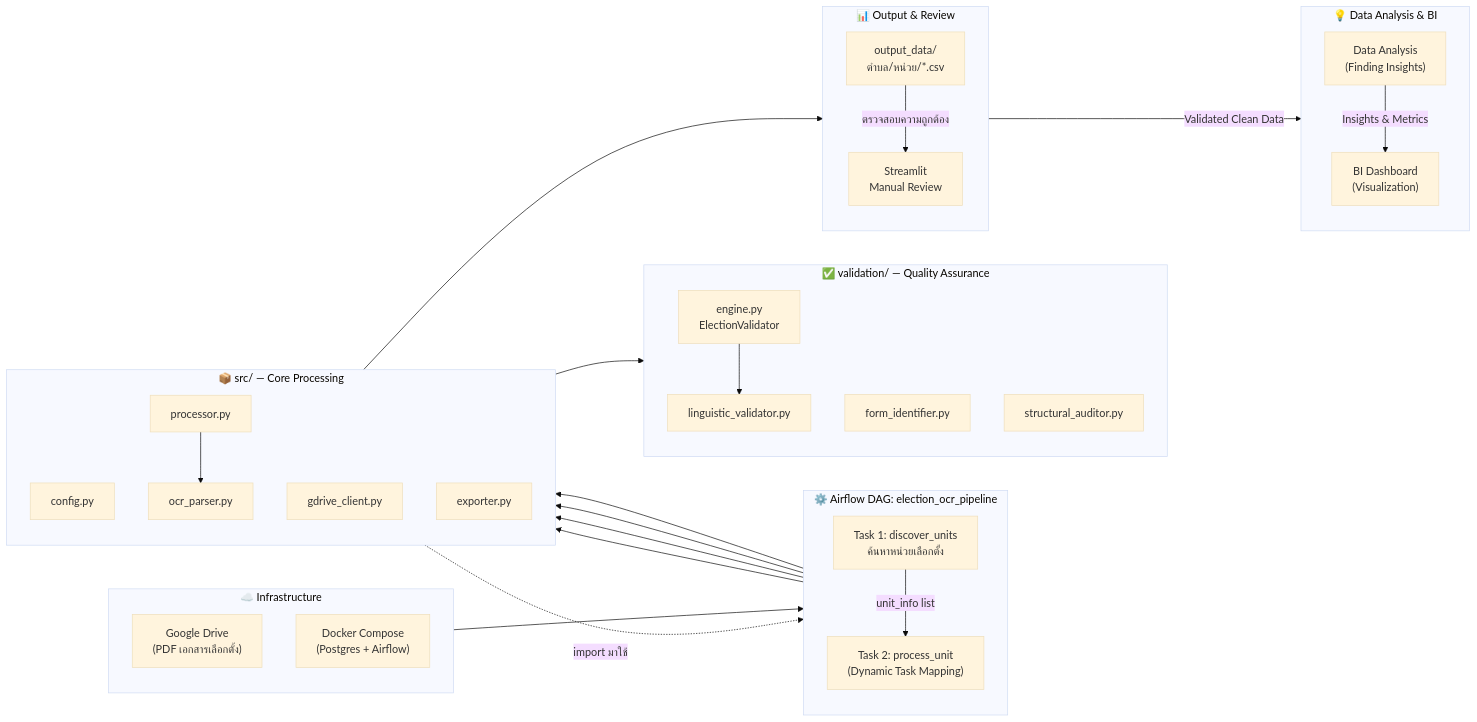
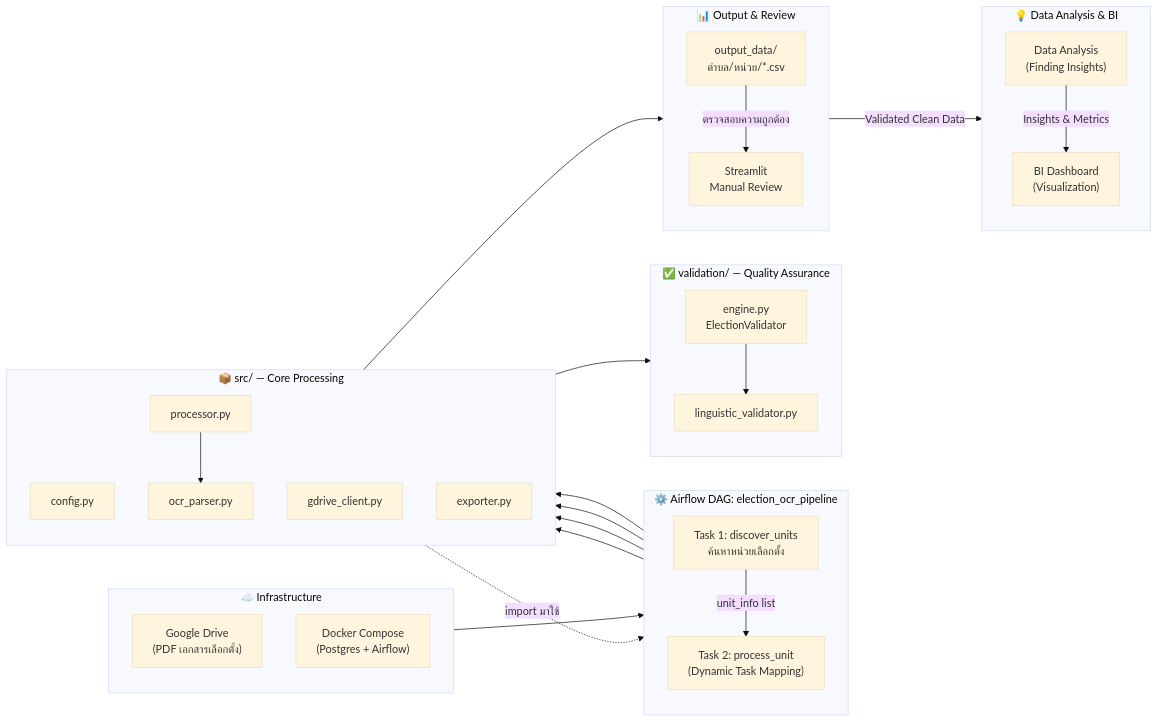
One commit to 098ff/dsde_final_project changed the first of 5 diagrams in election_pipeline/readme/pipeline_overview_part1.md. Above: the diagram before and after it, drawn with Mermaid (base theme). The commit also changed other lines of this file and 6 other files, not shown here.

````diff
--- a/election_pipeline/readme/pipeline_overview_part1.md
+++ b/election_pipeline/readme/pipeline_overview_part1.md
@@ -11,70 +11,68 @@
 ```mermaid
 flowchart LR
     subgraph INFRA["☁️ Infrastructure"]
         direction TB
         GD["Google Drive<br/>(PDF เอกสารเลือกตั้ง)"]
         DOCK["Docker Compose<br/>(Postgres + Airflow)"]
     end
 
     subgraph DAG["⚙️ Airflow DAG: election_ocr_pipeline"]
         direction TB
         T1["Task 1: discover_units<br/>ค้นหาหน่วยเลือกตั้ง"]
         T2["Task 2: process_unit<br/>(Dynamic Task Mapping)"]
     end
 
     subgraph SRC["📦 src/ — Core Processing"]
         direction TB
         CFG["config.py"]
         GDC["gdrive_client.py"]
         PROC["processor.py"]
         PARSE["ocr_parser.py"]
         EXP["exporter.py"]
     end
 
     subgraph VAL["✅ validation/ — Quality Assurance"]
         direction TB
         ENG["engine.py<br/>ElectionValidator"]
         LING["linguistic_validator.py"]
-        FORM["form_identifier.py"]
-        STRUCT["structural_auditor.py"]
     end
 
     subgraph OUT["📊 Output & Review"]
         direction TB
         CSV1["output_data/<br/>ตำบล/หน่วย/*.csv"]
         STRM["Streamlit<br/>Manual Review"]
     end
 
     subgraph INSIGHT["💡 Data Analysis & BI"]
         direction TB
         EDA["Data Analysis<br/>(Finding Insights)"]
         BI["BI Dashboard<br/>(Visualization)"]
     end
 
     %% เส้นทางหลักของการทำงาน (Main Flow)
     GD --> T1
     T1 -->|"unit_info list"| T2
 
     %% การเรียกใช้ Module ใน src/
     T1 --> GDC
     T2 --> GDC
     T2 --> PROC
     PROC --> PARSE
     
     %% การส่งไป Validate
     PARSE --> ENG
     ENG --> LING
     
     %% การ Export ข้อมูล
     T2 --> EXP
     EXP --> CSV1
 
     %% ขั้นตอนหลังได้ CSV (Manual Review -> Analysis -> BI)
     CSV1 -->|"ตรวจสอบความถูกต้อง"| STRM
     STRM -->|"Validated Clean Data"| EDA
     EDA -->|"Insights & Metrics"| BI
 
     %% เส้นประแสดงการดึง Config มาใช้
     CFG -.->|"import มาใช้"| T2
 
 ```
````
